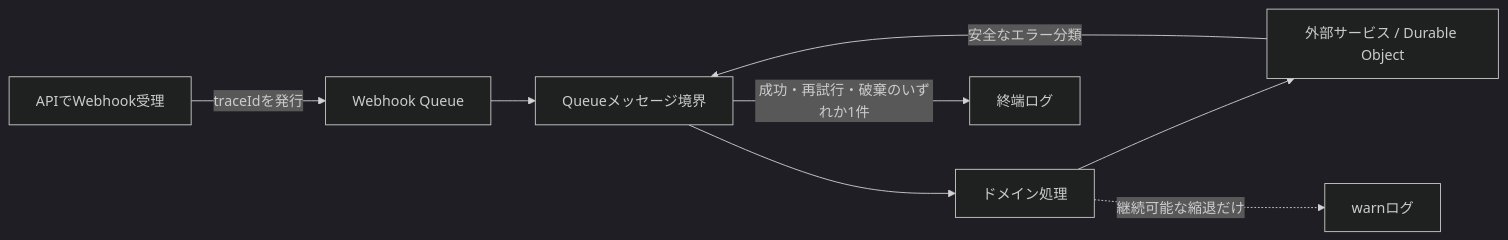
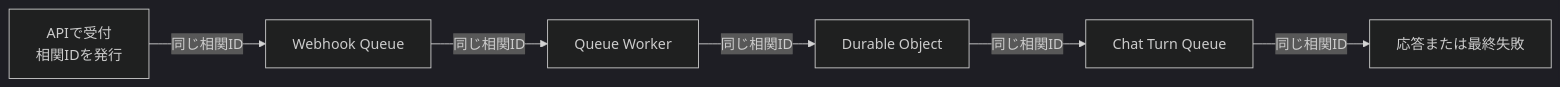
The first of 2 diagrams in docs/development/operational-logging.md (kkyosuke/me-builder), drawn with Mermaid (dark theme) before and after one commit. The commit also changed other lines of this file and 3 other files, not shown here.

````diff
--- a/docs/development/operational-logging.md
+++ b/docs/development/operational-logging.md
@@ -56,10 +40,8 @@
 ```mermaid
 flowchart LR
-    A[APIでWebhook受理] -->|traceIdを発行| Q[Webhook Queue]
-    Q --> W[Queueメッセージ境界]
-    W --> D[ドメイン処理]
-    D --> X[外部サービス / Durable Object]
-    X -->|安全なエラー分類| W
-    W -->|成功・再試行・破棄のいずれか1件| L[終端ログ]
-    D -. 継続可能な縮退だけ .-> F[warnログ]
+    A[APIで受付<br/>相関IDを発行] -->|同じ相関ID| B[Webhook Queue]
+    B -->|同じ相関ID| C[Queue Worker]
+    C -->|同じ相関ID| D[Durable Object]
+    D -->|同じ相関ID| E[Chat Turn Queue]
+    E -->|同じ相関ID| F[応答または最終失敗]
 ```
````
